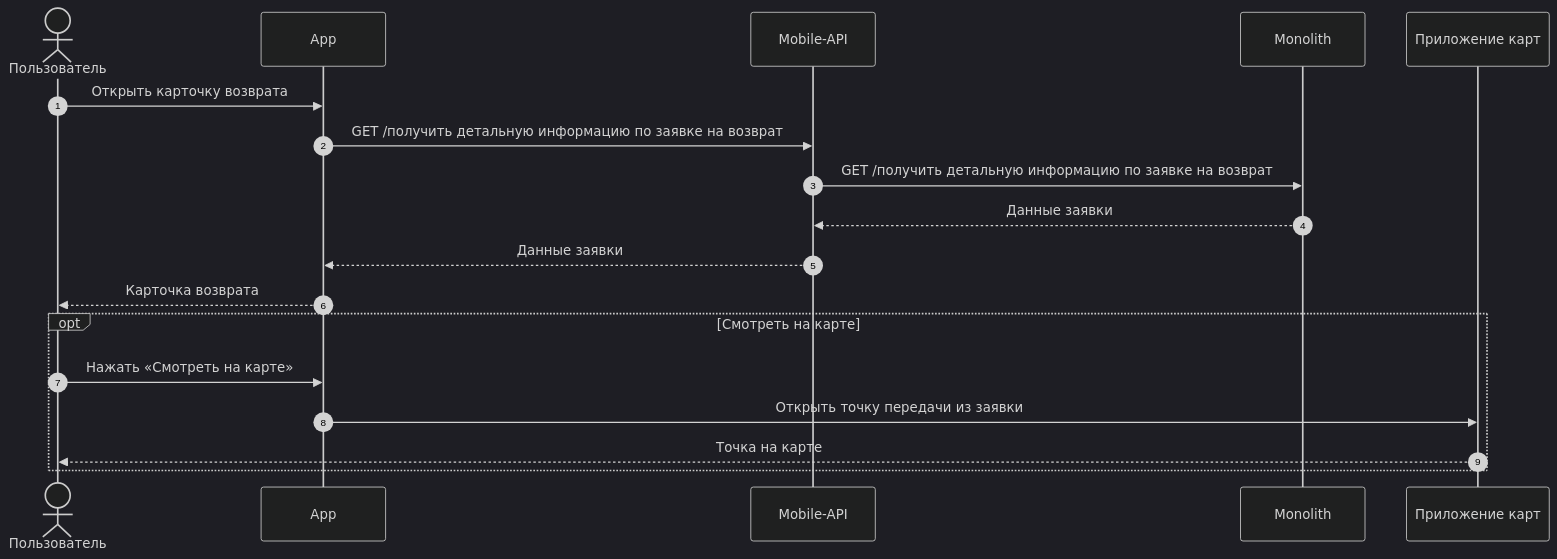
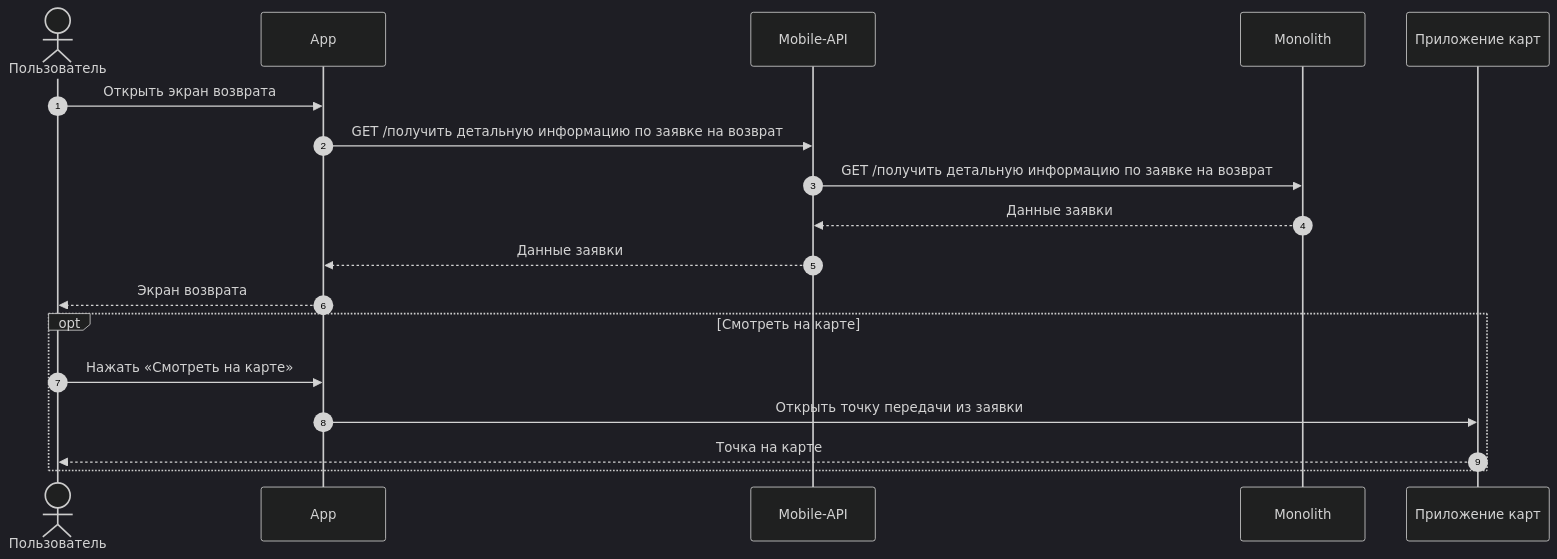
One commit to Terinss155/opencode-agents-analysis changed diagram 22 of 24 in projects/returns-2.0/requirements/srs/srs-mobile-mvp.md. Above: the diagram before and after it, drawn with Mermaid (dark theme). The commit also changed other lines of this file and 135 other files, not shown here.

````diff
--- a/projects/returns-2.0/requirements/srs/srs-mobile-mvp.md
+++ b/projects/returns-2.0/requirements/srs/srs-mobile-mvp.md
@@ -1216,22 +1266,22 @@
 ```mermaid
 sequenceDiagram
     autonumber
     actor U as Пользователь
     participant APP as App
     participant API as Mobile-API
     participant MON as Monolith
     participant MAP as Приложение карт
 
-    U->>APP: Открыть карточку возврата
+    U->>APP: Открыть экран возврата
     APP->>API: GET /получить детальную информацию по заявке на возврат
     API->>MON: GET /получить детальную информацию по заявке на возврат
     MON-->>API: Данные заявки
     API-->>APP: Данные заявки
-    APP-->>U: Карточка возврата
+    APP-->>U: Экран возврата
 
     opt Смотреть на карте
         U->>APP: Нажать «Смотреть на карте»
         APP->>MAP: Открыть точку передачи из заявки
         MAP-->>U: Точка на карте
     end
 ```
````
